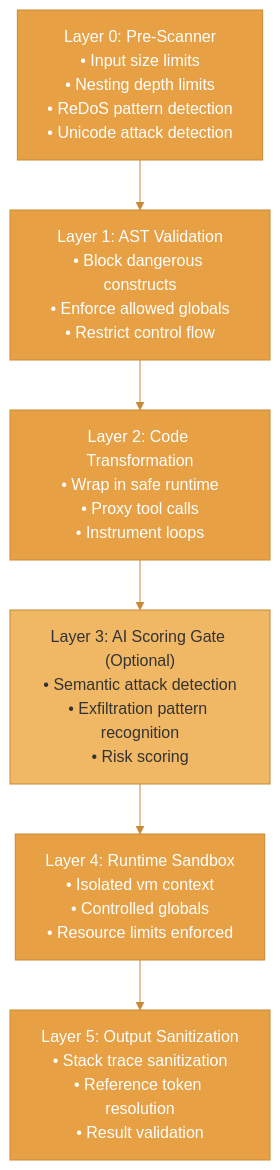
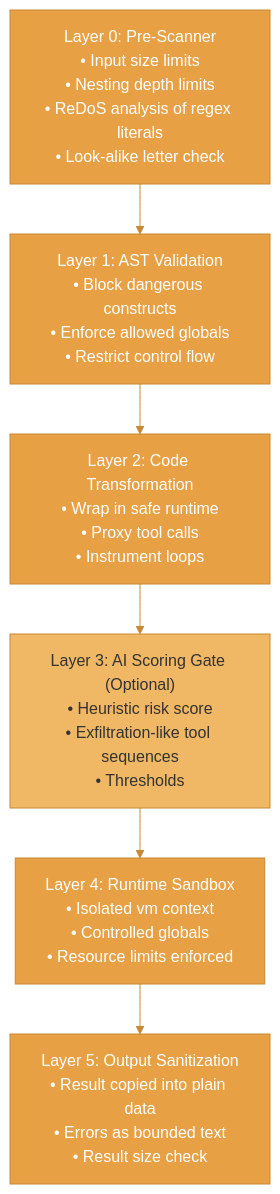
One commit to agentfront/enclave changed the diagram in docs/enclave/concepts/security-model.mdx. Above: the diagram before and after it, drawn with Mermaid. The commit also changed other lines of this file and 11 other files, not shown here.

First line of the commit message:
docs(core): the core pages state the options, limits and errors as the code has them

````diff
--- a/docs/enclave/concepts/security-model.mdx
+++ b/docs/enclave/concepts/security-model.mdx
@@ -10,19 +10,19 @@
 ```mermaid
 %%{init: {'theme': 'base', 'themeVariables': { 'primaryColor': '#e8a045', 'primaryTextColor': '#fff', 'primaryBorderColor': '#c78935', 'lineColor': '#c78935', 'secondaryColor': '#f0b865', 'tertiaryColor': '#fff5e6'}}}%%
 flowchart TD
-    L0["Layer 0: Pre-Scanner<br/>• Input size limits<br/>• Nesting depth limits<br/>• ReDoS pattern detection<br/>• Unicode attack detection"]
+    L0["Layer 0: Pre-Scanner<br/>• Input size limits<br/>• Nesting depth limits<br/>• ReDoS analysis of regex literals<br/>• Look-alike letter check"]
     L1["Layer 1: AST Validation<br/>• Block dangerous constructs<br/>• Enforce allowed globals<br/>• Restrict control flow"]
     L2["Layer 2: Code Transformation<br/>• Wrap in safe runtime<br/>• Proxy tool calls<br/>• Instrument loops"]
-    L3["Layer 3: AI Scoring Gate (Optional)<br/>• Semantic attack detection<br/>• Exfiltration pattern recognition<br/>• Risk scoring"]
+    L3["Layer 3: AI Scoring Gate (Optional)<br/>• Heuristic risk score<br/>• Exfiltration-like tool sequences<br/>• Thresholds"]
     L4["Layer 4: Runtime Sandbox<br/>• Isolated vm context<br/>• Controlled globals<br/>• Resource limits enforced"]
-    L5["Layer 5: Output Sanitization<br/>• Stack trace sanitization<br/>• Reference token resolution<br/>• Result validation"]
+    L5["Layer 5: Output Sanitization<br/>• Result copied into plain data<br/>• Errors as bounded text<br/>• Result size check"]
 
     L0 --> L1 --> L2 --> L3 --> L4 --> L5
 
     style L0 fill:#e8a045,stroke:#c78935,color:#fff
     style L1 fill:#e8a045,stroke:#c78935,color:#fff
     style L2 fill:#e8a045,stroke:#c78935,color:#fff
     style L3 fill:#f0b865,stroke:#c78935,color:#333
     style L4 fill:#e8a045,stroke:#c78935,color:#fff
     style L5 fill:#e8a045,stroke:#c78935,color:#fff
 ```
````
